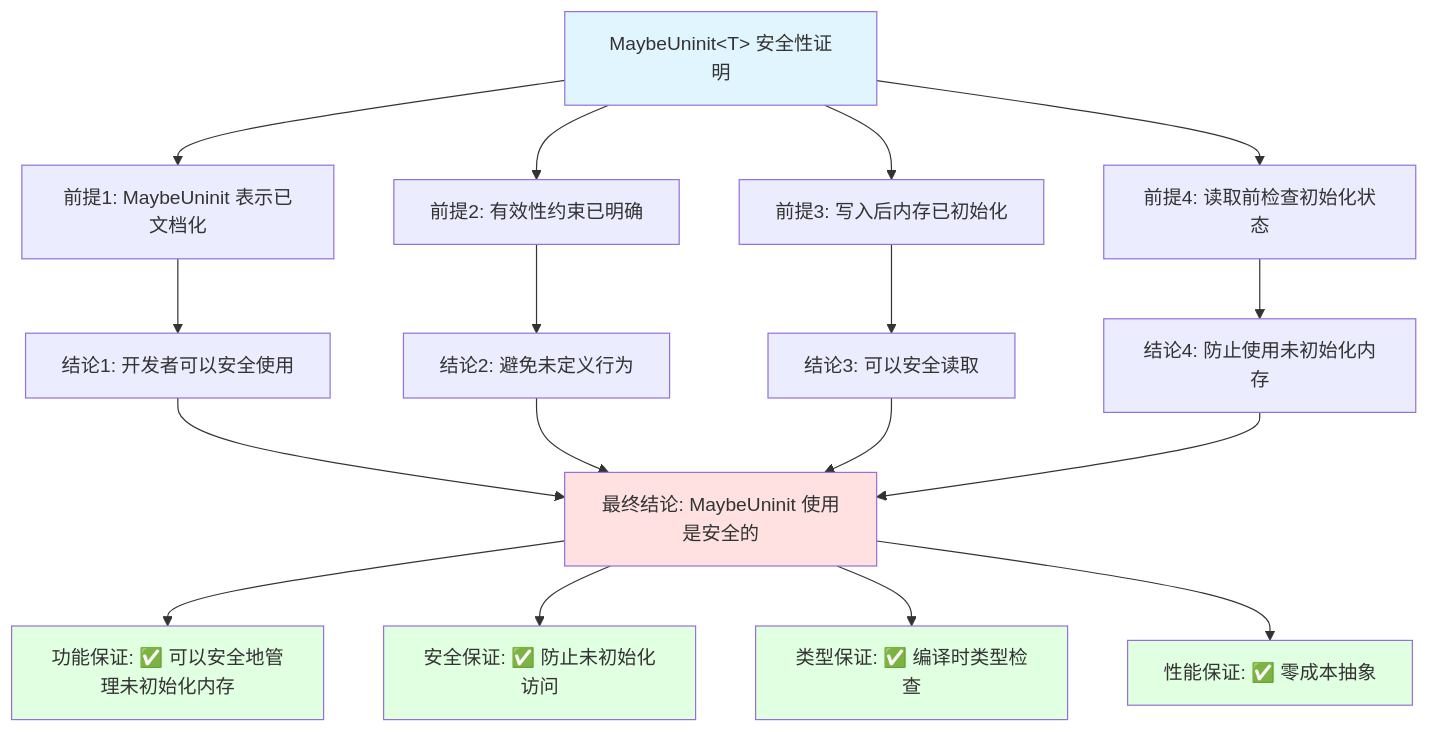
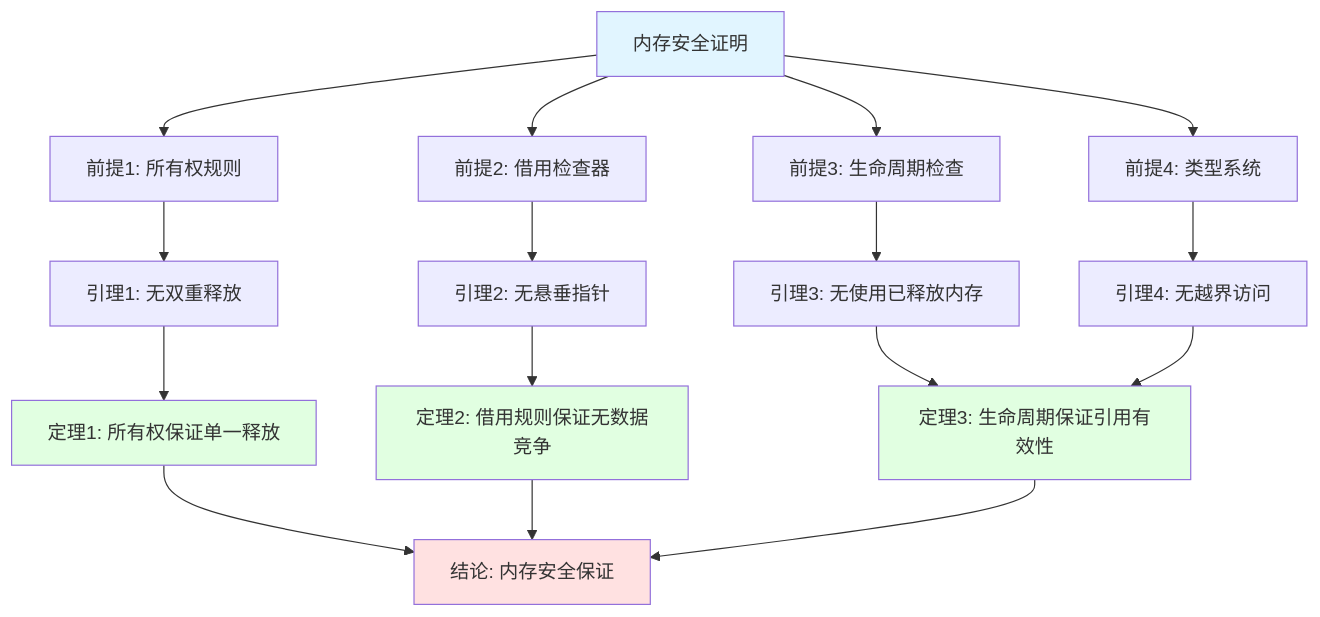
One commit to martin-ly/rust-lang changed diagram 27 of 30 in docs/04_thinking/THINKING_REPRESENTATION_METHODS.md. Above: the diagram before and after it, drawn with Mermaid. The commit also changed other lines of this file and 86 other files, not shown here.

````diff
--- a/docs/04_thinking/THINKING_REPRESENTATION_METHODS.md
+++ b/docs/04_thinking/THINKING_REPRESENTATION_METHODS.md
@@ -710,31 +1174,45 @@
 ```mermaid
 graph TD
-    Root[MaybeUninit&lt;T&gt; 安全性证明]
-
-    Root --> P1[前提1: MaybeUninit 表示已文档化]
-    Root --> P2[前提2: 有效性约束已明确]
-    Root --> P3[前提3: 写入后内存已初始化]
-    Root --> P4[前提4: 读取前检查初始化状态]
-
-    P1 --> C1[结论1: 开发者可以安全使用]
-    P2 --> C2[结论2: 避免未定义行为]
-    P3 --> C3[结论3: 可以安全读取]
-    P4 --> C4[结论4: 防止使用未初始化内存]
-
-    C1 --> Final[最终结论: MaybeUninit 使用是安全的]
-    C2 --> Final
-    C3 --> Final
-    C4 --> Final
-
-    Final --> G1[功能保证: ✅ 可以安全地管理未初始化内存]
-    Final --> G2[安全保证: ✅ 防止未初始化访问]
-    Final --> G3[类型保证: ✅ 编译时类型检查]
-    Final --> G4[性能保证: ✅ 零成本抽象]
-
+    Root[内存安全证明]
+    
+    P1[前提1: 所有权规则]
+    P2[前提2: 借用检查器]
+    P3[前提3: 生命周期检查]
+    P4[前提4: 类型系统]
+    
+    L1[引理1: 无双重释放]
+    L2[引理2: 无悬垂指针]
+    L3[引理3: 无使用已释放内存]
+    L4[引理4: 无越界访问]
+    
+    T1[定理1: 所有权保证单一释放]
+    T2[定理2: 借用规则保证无数据竞争]
+    T3[定理3: 生命周期保证引用有效性]
+    
+    C1[结论: 内存安全保证]
+    
+    Root --> P1
+    Root --> P2
+    Root --> P3
+    Root --> P4
+    
+    P1 --> L1
+    P2 --> L2
+    P3 --> L3
+    P4 --> L4
+    
+    L1 --> T1
+    L2 --> T2
+    L3 --> T3
+    L4 --> T3
+    
+    T1 --> C1
+    T2 --> C1
+    T3 --> C1
+    
     style Root fill:#e1f5ff
-    style Final fill:#ffe1e1
-    style G1 fill:#e1ffe1
-    style G2 fill:#e1ffe1
-    style G3 fill:#e1ffe1
-    style G4 fill:#e1ffe1
+    style C1 fill:#ffe1e1
+    style T1 fill:#e1ffe1
+    style T2 fill:#e1ffe1
+    style T3 fill:#e1ffe1
 ```
````
